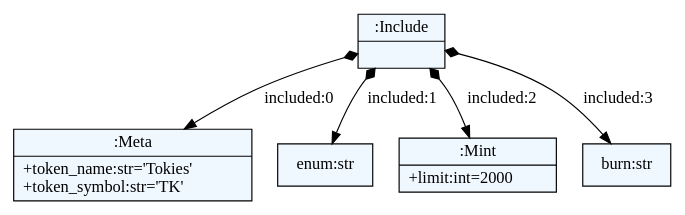
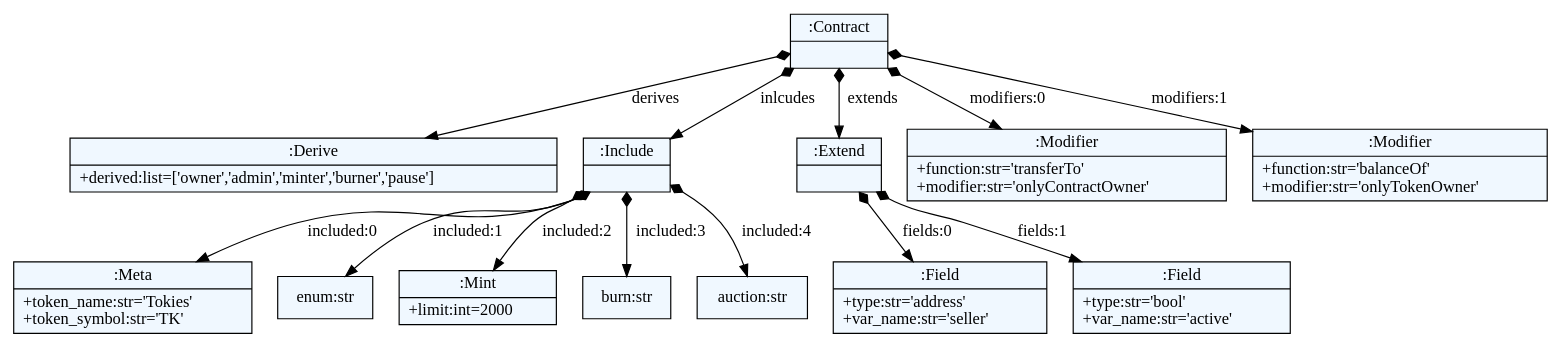
One commit to DanChirtoaca/nfty changed the diagram in dsl/model.nft.dot. Above: the diagram before and after it, drawn with Graphviz. The commit also changed 6 other files, not shown here.

```diff
--- a/dsl/model.nft.dot
+++ b/dsl/model.nft.dot
@@ -1,22 +1,37 @@
 
     digraph xtext {
     fontname = "Bitstream Vera Sans"
     fontsize = 8
     node[
         shape=record,
         style=filled,
         fillcolor=aliceblue
     ]
     nodesep = 0.3
     edge[dir=black,arrowtail=empty]
 
 
-140279166043808 -> 140279165588704 [label="included:0" arrowtail=diamond dir=both]
-140279165588704[label="{:Meta|+token_name:str='Tokies'\l+token_symbol:str='TK'\l}"]
-140279166043808 -> "enum:str" [label="included:1" arrowtail=diamond dir=both]
-140279166043808 -> 140279165591056 [label="included:2" arrowtail=diamond dir=both]
-140279165591056[label="{:Mint|+limit:int=2000\l}"]
-140279166043808 -> "burn:str" [label="included:3" arrowtail=diamond dir=both]
-140279166043808[label="{:Include|}"]
+140593873138800 -> 140593873170672 [label="derives" arrowtail=diamond dir=both]
+140593873170672[label="{:Derive|+derived:list=['owner','admin','minter','burner','pause']\l}"]
+140593873138800 -> 140593873171232 [label="inlcudes" arrowtail=diamond dir=both]
+140593873171232 -> 140593873171456 [label="included:0" arrowtail=diamond dir=both]
+140593873171456[label="{:Meta|+token_name:str='Tokies'\l+token_symbol:str='TK'\l}"]
+140593873171232 -> "enum:str" [label="included:1" arrowtail=diamond dir=both]
+140593873171232 -> 140593873171512 [label="included:2" arrowtail=diamond dir=both]
+140593873171512[label="{:Mint|+limit:int=2000\l}"]
+140593873171232 -> "burn:str" [label="included:3" arrowtail=diamond dir=both]
+140593873171232 -> "auction:str" [label="included:4" arrowtail=diamond dir=both]
+140593873171232[label="{:Include|}"]
+140593873138800 -> 140593873171288 [label="extends" arrowtail=diamond dir=both]
+140593873171288 -> 140593873171792 [label="fields:0" arrowtail=diamond dir=both]
+140593873171792[label="{:Field|+type:str='address'\l+var_name:str='seller'\l}"]
+140593873171288 -> 140593873171736 [label="fields:1" arrowtail=diamond dir=both]
+140593873171736[label="{:Field|+type:str='bool'\l+var_name:str='active'\l}"]
+140593873171288[label="{:Extend|}"]
+140593873138800 -> 140593873171400 [label="modifiers:0" arrowtail=diamond dir=both]
+140593873171400[label="{:Modifier|+function:str='transferTo'\l+modifier:str='onlyContractOwner'\l}"]
+140593873138800 -> 140593873171680 [label="modifiers:1" arrowtail=diamond dir=both]
+140593873171680[label="{:Modifier|+function:str='balanceOf'\l+modifier:str='onlyTokenOwner'\l}"]
+140593873138800[label="{:Contract|}"]
 
 }
```
